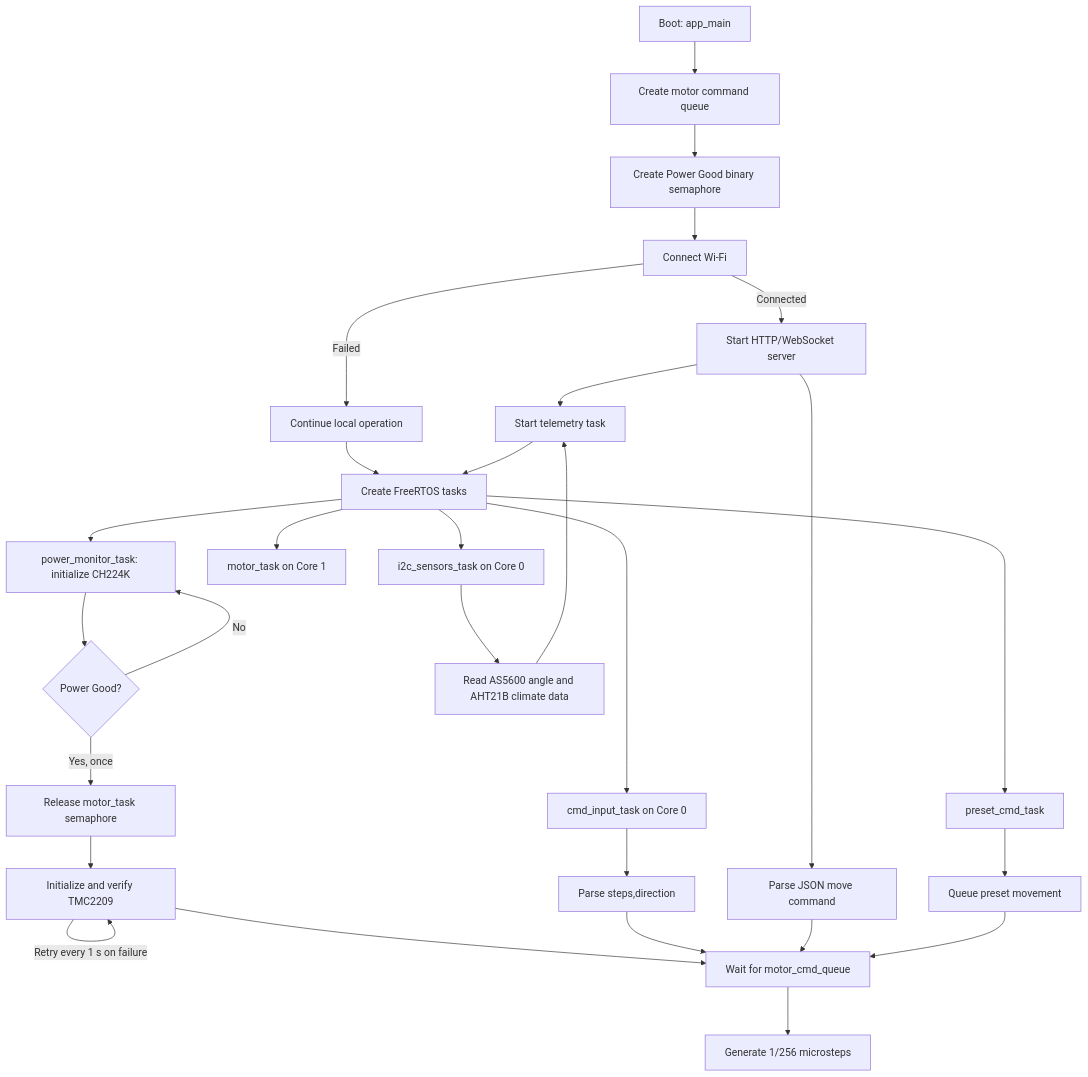
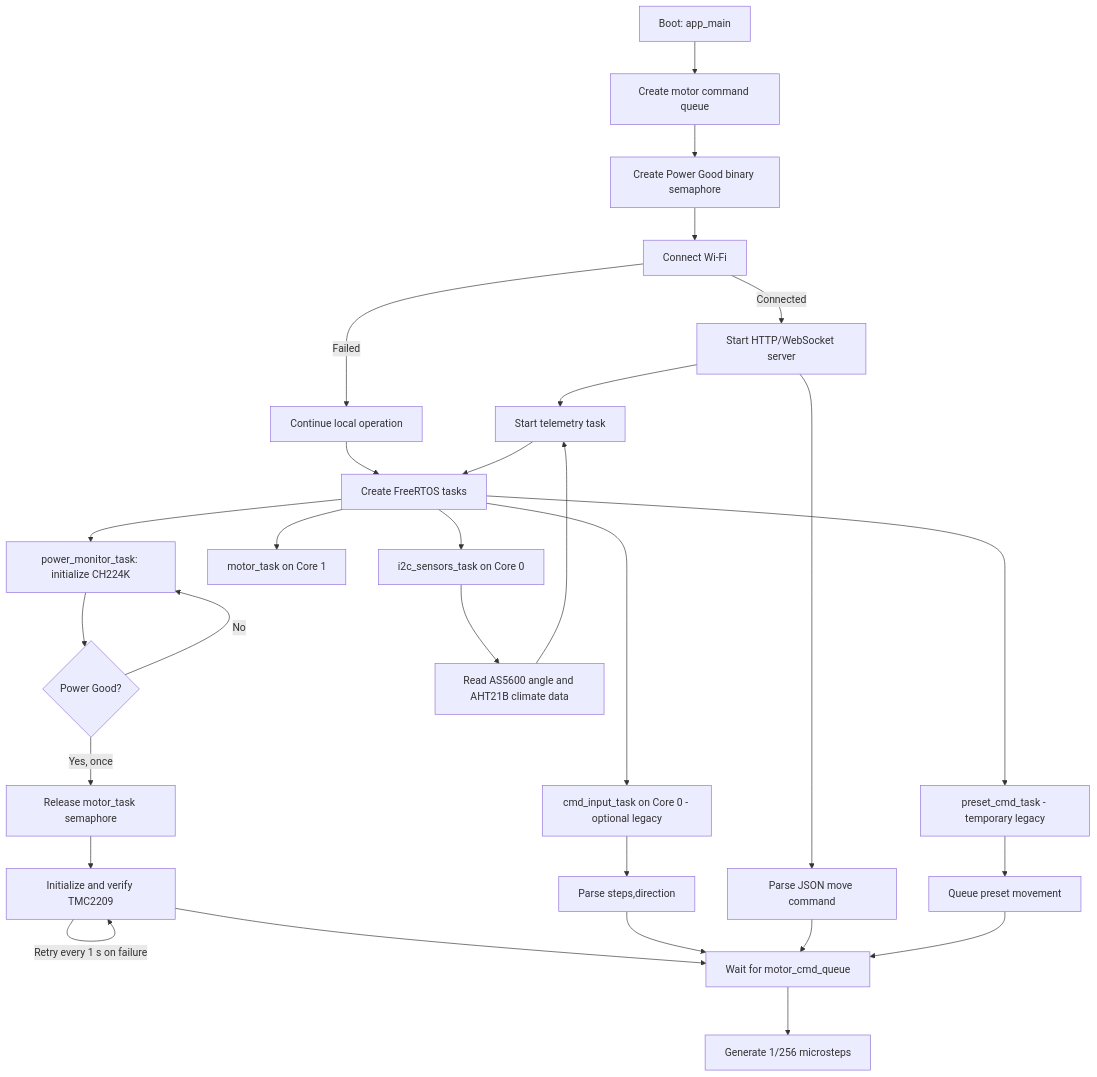
Before and after one commit to Fellbowl/alpaca-pcb: the diagram in README.md, drawn with Mermaid. The commit also changed other lines of this file and 6 other files, not shown here.

````diff
--- a/README.md
+++ b/README.md
@@ -43,31 +44,31 @@
 ```mermaid
 flowchart TD
     A[Boot: app_main] --> B[Create motor command queue]
     B --> C[Create Power Good binary semaphore]
     C --> D[Connect Wi-Fi]
     D -->|Connected| E[Start HTTP/WebSocket server]
     D -->|Failed| F[Continue local operation]
     E --> G[Start telemetry task]
     F --> H[Create FreeRTOS tasks]
     G --> H
     H --> I[power_monitor_task: initialize CH224K]
     H --> J[motor_task on Core 1]
-    H --> K[cmd_input_task on Core 0]
+   H --> K[cmd_input_task on Core 0 - optional legacy]
     H --> L[i2c_sensors_task on Core 0]
-    H --> M[preset_cmd_task]
+   H --> M[preset_cmd_task - temporary legacy]
     I --> N{Power Good?}
     N -->|No| I
     N -->|Yes, once| O[Release motor_task semaphore]
     O --> P[Initialize and verify TMC2209]
     P -->|Retry every 1 s on failure| P
     P --> Q[Wait for motor_cmd_queue]
     K --> R[Parse steps,direction]
     E --> S[Parse JSON move command]
     M --> T[Queue preset movement]
     R --> Q
     S --> Q
     T --> Q
     Q --> U[Generate 1/256 microsteps]
     L --> V[Read AS5600 angle and AHT21B climate data]
     V --> G
 ```
````
